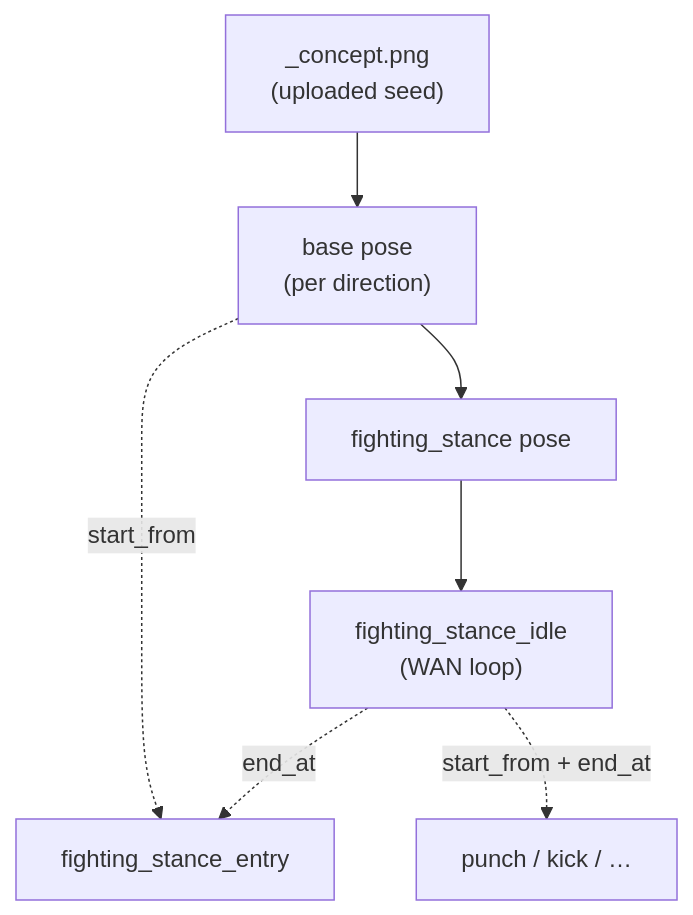
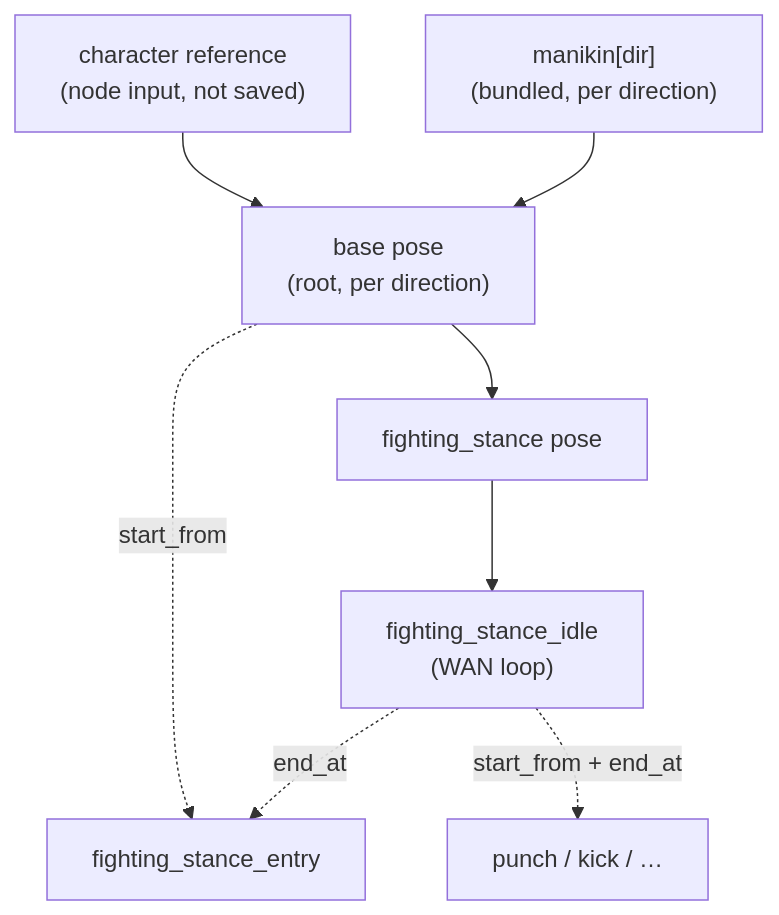
Before and after one commit to andyhite/comfyui-andypack: the diagram in README.md, drawn with Mermaid. The commit also changed other lines of this file, not shown here.

First line of the commit message:
docs: README for CharacterCreator, base-as-root, and manikins

````diff
--- a/README.md
+++ b/README.md
@@ -22,9 +22,10 @@
 ```mermaid
 graph TD
-  concept["_concept.png<br/>(uploaded seed)"] --> base["base pose<br/>(per direction)"]
+  ref["character reference<br/>(node input, not saved)"] --> base
+  manikin["manikin[dir]<br/>(bundled, per direction)"] --> base["base pose<br/>(root, per direction)"]
   base --> stance["fighting_stance pose"]
   stance --> idle["fighting_stance_idle<br/>(WAN loop)"]
   base -. start_from .-> entry["fighting_stance_entry"]
   idle -. end_at .-> entry
   idle -. start_from + end_at .-> punch["punch / kick / …"]
 ```
````
